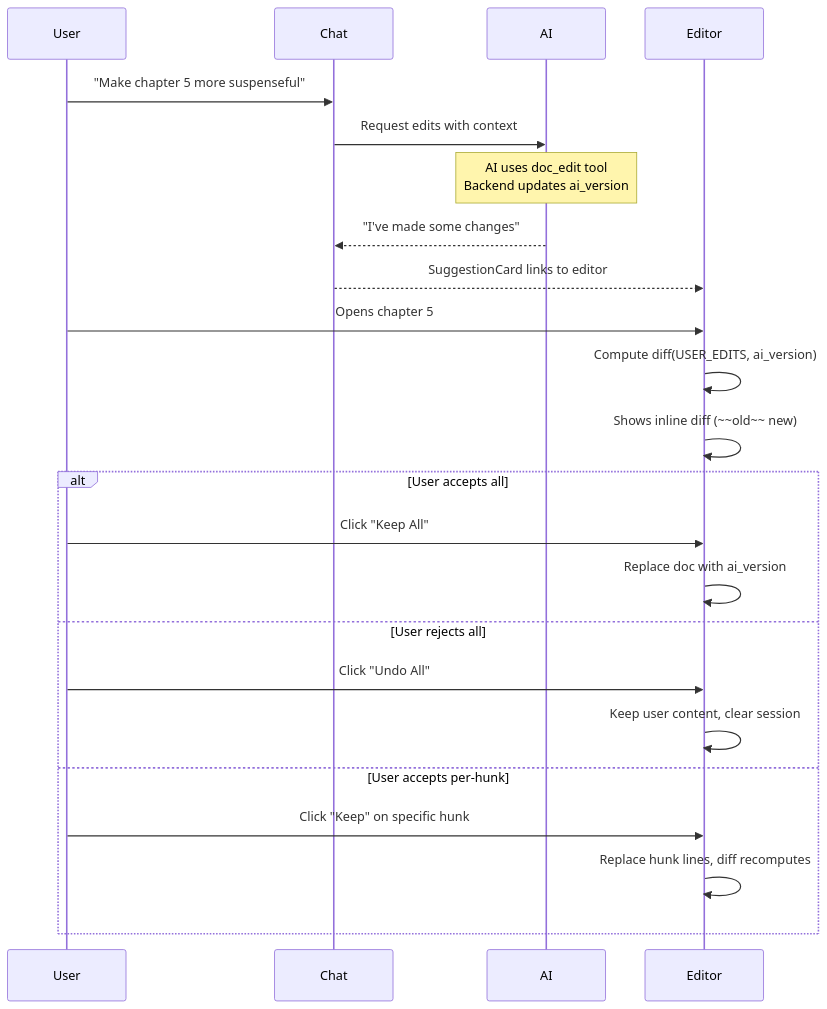
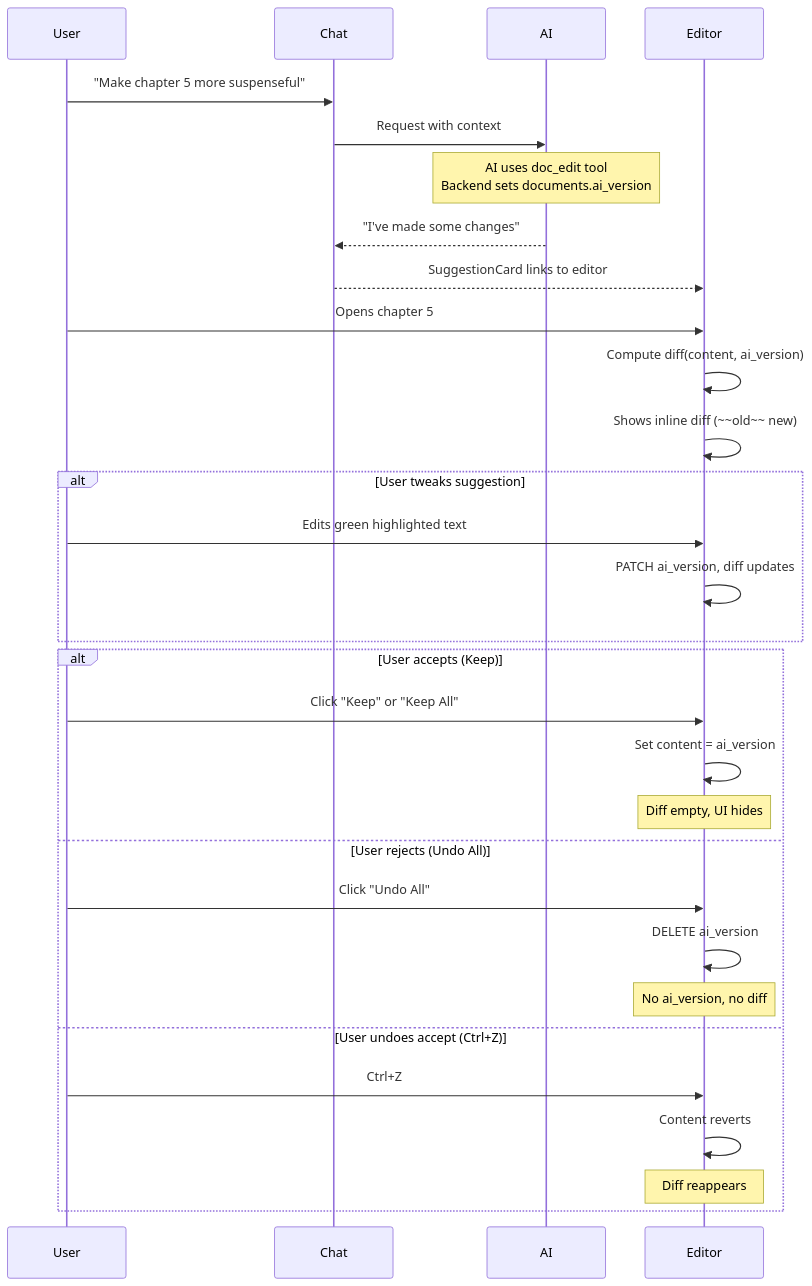
The second of 2 diagrams in _docs/plans/ai-editing/README.md (haowjy/meridian), drawn with Mermaid before and after one commit. The commit also changed other lines of this file and 18 other files, not shown here.

````diff
--- a/_docs/plans/ai-editing/README.md
+++ b/_docs/plans/ai-editing/README.md
@@ -136,29 +128,37 @@
 ```mermaid
 sequenceDiagram
     participant User
     participant Chat
     participant AI
     participant Editor
 
     User->>Chat: "Make chapter 5 more suspenseful"
-    Chat->>AI: Request edits with context
-    Note over AI: AI uses doc_edit tool<br/>Backend updates ai_version
+    Chat->>AI: Request with context
+    Note over AI: AI uses doc_edit tool<br/>Backend sets documents.ai_version
 
     AI-->>Chat: "I've made some changes"
     Chat-->>Editor: SuggestionCard links to editor
 
     User->>Editor: Opens chapter 5
-    Editor->>Editor: Compute diff(USER_EDITS, ai_version)
+    Editor->>Editor: Compute diff(content, ai_version)
     Editor->>Editor: Shows inline diff (~~old~~ new)
 
-    alt User accepts all
-        User->>Editor: Click "Keep All"
-        Editor->>Editor: Replace doc with ai_version
-    else User rejects all
+    alt User tweaks suggestion
+        User->>Editor: Edits green highlighted text
+        Editor->>Editor: PATCH ai_version, diff updates
+    end
+
+    alt User accepts (Keep)
+        User->>Editor: Click "Keep" or "Keep All"
+        Editor->>Editor: Set content = ai_version
+        Note over Editor: Diff empty, UI hides
+    else User rejects (Undo All)
         User->>Editor: Click "Undo All"
-        Editor->>Editor: Keep user content, clear session
-    else User accepts per-hunk
-        User->>Editor: Click "Keep" on specific hunk
-        Editor->>Editor: Replace hunk lines, diff recomputes
+        Editor->>Editor: DELETE ai_version
+        Note over Editor: No ai_version, no diff
+    else User undoes accept (Ctrl+Z)
+        User->>Editor: Ctrl+Z
+        Editor->>Editor: Content reverts
+        Note over Editor: Diff reappears
     end
 ```
````
